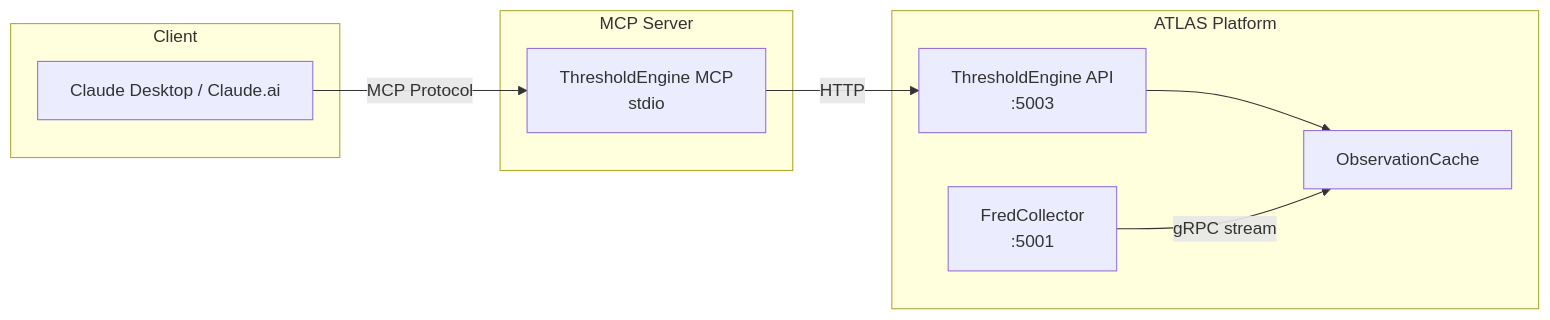
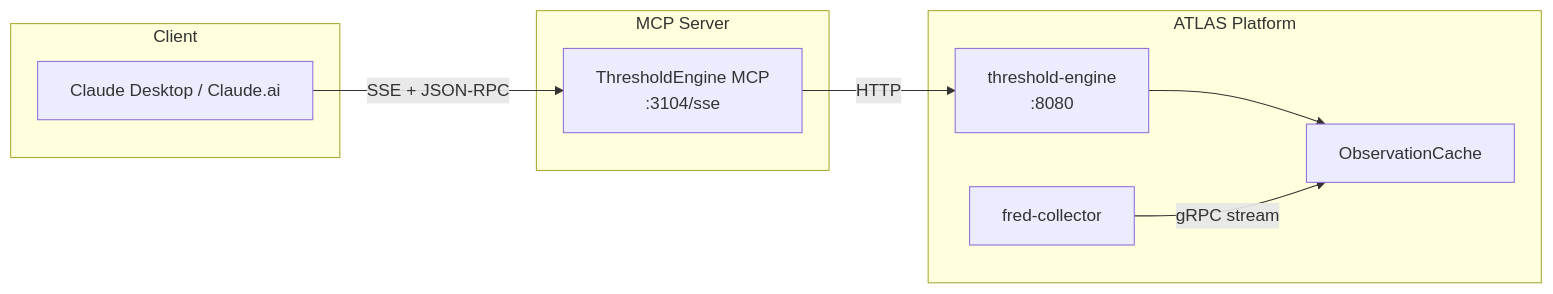
Before and after one commit to jpansarasa/ATLAS-Docs: the diagram in ThresholdEngineMcp/README.md, drawn with Mermaid. The commit also changed other lines of this file and 6 other files, not shown here.

````diff
--- a/ThresholdEngineMcp/README.md
+++ b/ThresholdEngineMcp/README.md
@@ -16,21 +16,21 @@
 ```mermaid
 flowchart LR
     subgraph Client
         CD[Claude Desktop / Claude.ai]
     end
-    
+
     subgraph MCP Server
-        MCP[ThresholdEngine MCP\nstdio]
+        MCP[ThresholdEngine MCP\n:3104/sse]
     end
-    
+
     subgraph ATLAS Platform
-        TE[ThresholdEngine API\n:5003]
+        TE[threshold-engine\n:8080]
         OC[ObservationCache]
-        FC[FredCollector\n:5001]
+        FC[fred-collector]
     end
-    
-    CD -->|MCP Protocol| MCP
+
+    CD -->|SSE + JSON-RPC| MCP
     MCP -->|HTTP| TE
     TE --> OC
     FC -->|gRPC stream| OC
 ```
````
